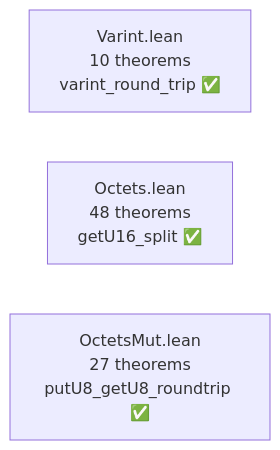
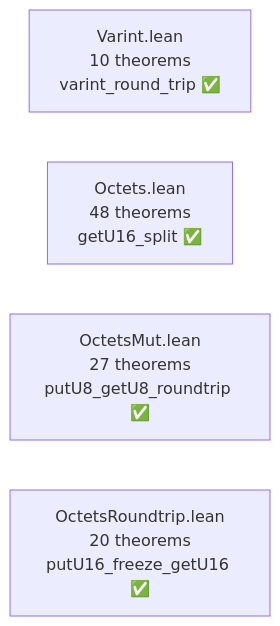
The second of 7 diagrams in formal-verification/REPORT.md (dsyme/quiche), drawn with Mermaid before and after one commit. The commit also changed other lines of this file and 1 other file, not shown here.

First line of the commit message:
feat(fv): Tasks 2+10 — varint roundtrip informal spec (T23) + REPORT update (run 74)

````diff
--- a/formal-verification/REPORT.md
+++ b/formal-verification/REPORT.md
@@ -73,6 +78,7 @@
 ```mermaid
 graph LR
     V["Varint.lean<br/>10 theorems<br/>varint_round_trip ✅"]
     O["Octets.lean<br/>48 theorems<br/>getU16_split ✅"]
     OM["OctetsMut.lean<br/>27 theorems<br/>putU8_getU8_roundtrip ✅"]
+    ORT["OctetsRoundtrip.lean<br/>20 theorems<br/>putU16_freeze_getU16 ✅"]
 ```
````
